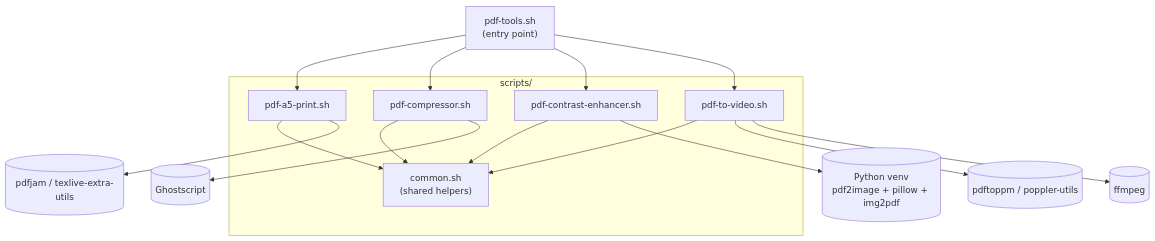
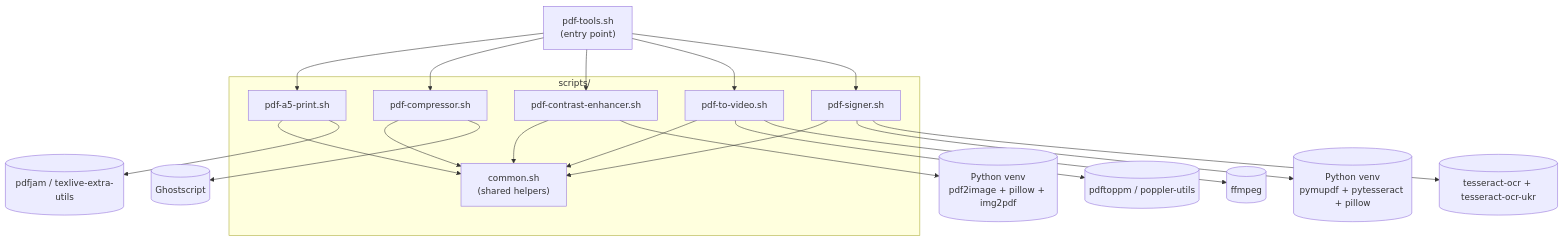
The diagram in README.md (oleksiisedun/pdf-tools), drawn with Mermaid before and after one commit. The commit also changed other lines of this file and 4 other files, not shown here.

First line of the commit message:
Add pdf-signer tool for OCR-based signature stamping

````diff
--- a/README.md
+++ b/README.md
@@ -33,28 +34,33 @@
 ```mermaid
 graph TD
   Menu["pdf-tools.sh\n(entry point)"]
 
   subgraph Scripts["scripts/"]
     Common["common.sh\n(shared helpers)"]
     A5["pdf-a5-print.sh"]
     Compressor["pdf-compressor.sh"]
     Contrast["pdf-contrast-enhancer.sh"]
     ToVideo["pdf-to-video.sh"]
+    Signer["pdf-signer.sh"]
   end
 
   Menu --> A5
   Menu --> Compressor
   Menu --> Contrast
   Menu --> ToVideo
+  Menu --> Signer
 
   A5 --> Common
   Compressor --> Common
   Contrast --> Common
   ToVideo --> Common
+  Signer --> Common
 
   A5 --> Pdfjam[("pdfjam / texlive-extra-utils")]
   Compressor --> Ghostscript[("Ghostscript")]
   Contrast --> Venv[("Python venv\npdf2image + pillow + img2pdf")]
   ToVideo --> Pdftoppm[("pdftoppm / poppler-utils")]
   ToVideo --> Ffmpeg[("ffmpeg")]
+  Signer --> SignerVenv[("Python venv\npymupdf + pytesseract + pillow")]
+  Signer --> Tesseract[("tesseract-ocr + tesseract-ocr-ukr")]
 ```
````
